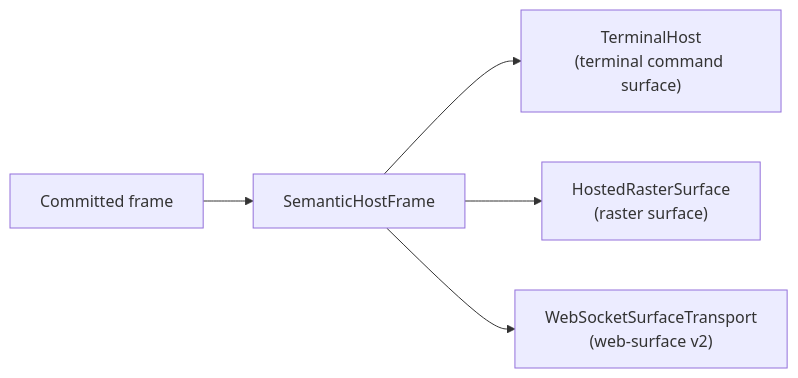
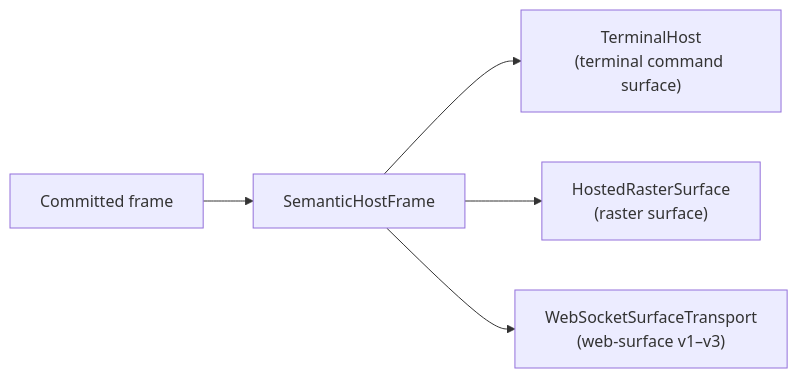
The second of 3 diagrams in docs/HOSTS-AND-PLATFORMS.md (SwiftTUI/swift-tui), drawn with Mermaid before and after one commit. The commit also changed other lines of this file and 2 other files, not shown here.

````diff
--- a/docs/HOSTS-AND-PLATFORMS.md
+++ b/docs/HOSTS-AND-PLATFORMS.md
@@ -80,9 +80,9 @@
 ```mermaid
 flowchart LR
     commit["Committed frame"]
     shf["SemanticHostFrame"]
     commit --> shf
     shf --> t["TerminalHost<br/>(terminal command surface)"]
     shf --> r["HostedRasterSurface<br/>(raster surface)"]
-    shf --> w["WebSocketSurfaceTransport<br/>(web-surface v2)"]
+    shf --> w["WebSocketSurfaceTransport<br/>(web-surface v1–v3)"]
 ```
````
